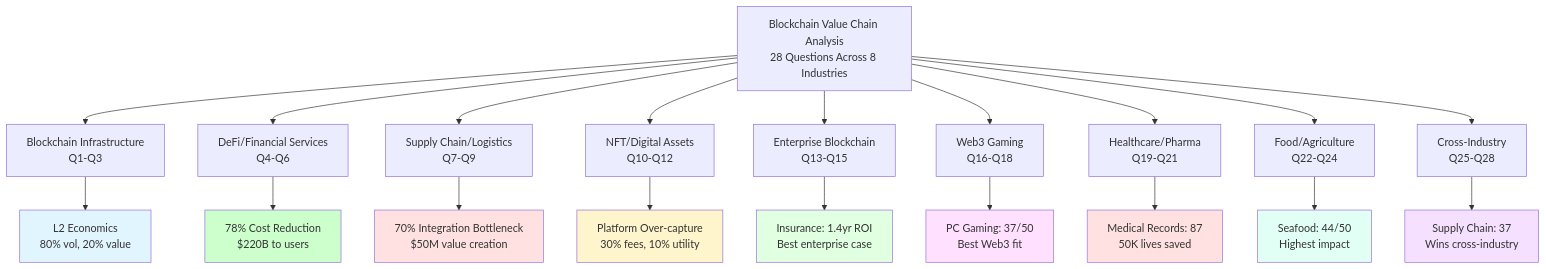
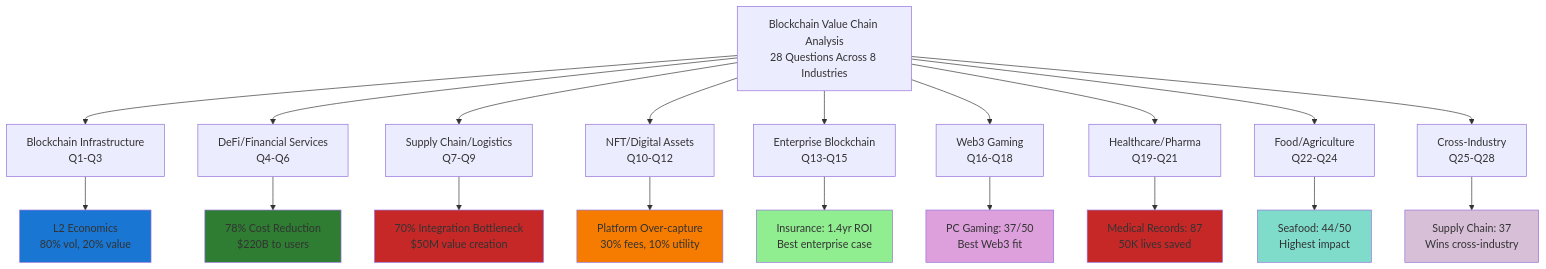
The first of 22 diagrams in Industry/Blockchain/Blockchain/ValueChain/QA_ClaudeOpus.md (ljg-cqu/knowledge), drawn with Mermaid before and after one commit. The commit also changed other lines of this file and 6 other files, not shown here.

````diff
--- a/Industry/Blockchain/Blockchain/ValueChain/QA_ClaudeOpus.md
+++ b/Industry/Blockchain/Blockchain/ValueChain/QA_ClaudeOpus.md
@@ -15,32 +15,32 @@
 ```mermaid
 graph TB
     A[Blockchain Value Chain Analysis<br/>28 Questions Across 8 Industries] --> B[Blockchain Infrastructure<br/>Q1-Q3]
     A --> C[DeFi/Financial Services<br/>Q4-Q6]
     A --> D[Supply Chain/Logistics<br/>Q7-Q9]
     A --> E[NFT/Digital Assets<br/>Q10-Q12]
     A --> F[Enterprise Blockchain<br/>Q13-Q15]
     A --> G[Web3 Gaming<br/>Q16-Q18]
     A --> H[Healthcare/Pharma<br/>Q19-Q21]
     A --> I[Food/Agriculture<br/>Q22-Q24]
     A --> J[Cross-Industry<br/>Q25-Q28]
     
     B --> K[L2 Economics<br/>80% vol, 20% value]
     C --> L[78% Cost Reduction<br/>$220B to users]
     D --> M[70% Integration Bottleneck<br/>$50M value creation]
     E --> N[Platform Over-capture<br/>30% fees, 10% utility]
     F --> O[Insurance: 1.4yr ROI<br/>Best enterprise case]
     G --> P[PC Gaming: 37/50<br/>Best Web3 fit]
     H --> Q[Medical Records: 87<br/>50K lives saved]
     I --> R[Seafood: 44/50<br/>Highest impact]
     J --> S[Supply Chain: 37<br/>Wins cross-industry]
     
-    style K fill:#e1f5ff
-    style L fill:#ccffcc
-    style M fill:#ffe1e1
-    style N fill:#fff5cc
-    style O fill:#e1ffe1
-    style P fill:#ffe1ff
-    style Q fill:#ffe1e1
-    style R fill:#e1fff5
-    style S fill:#f5e1ff
+    style K fill:#1976D2
+    style L fill:#2E7D32
+    style M fill:#C62828
+    style N fill:#F57C00
+    style O fill:#90EE90
+    style P fill:#DDA0DD
+    style Q fill:#C62828
+    style R fill:#7FDBCA
+    style S fill:#D8BFD8
 ```
````
